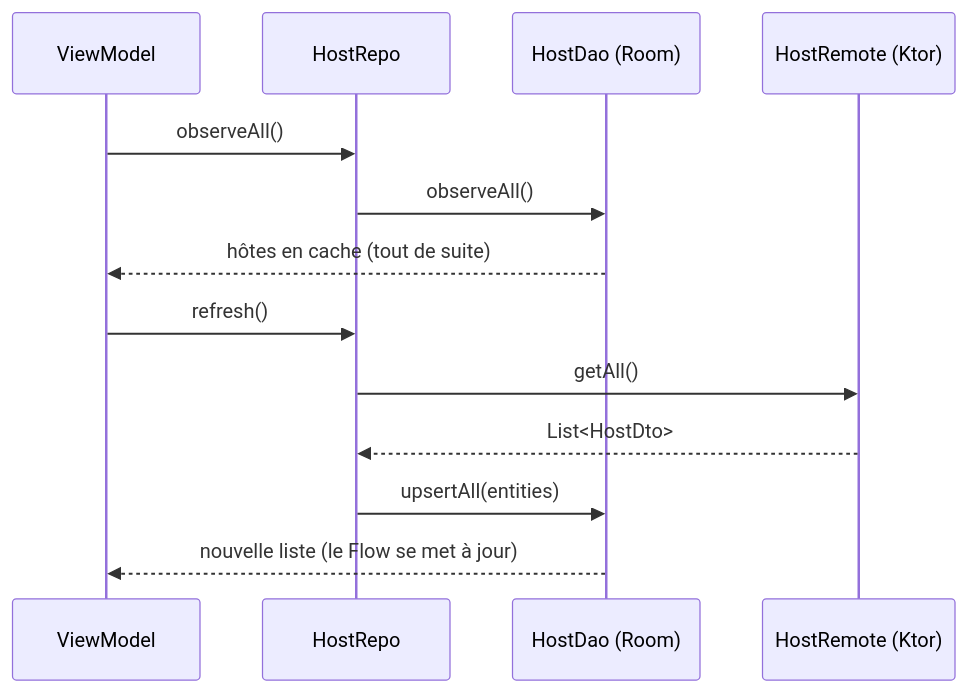
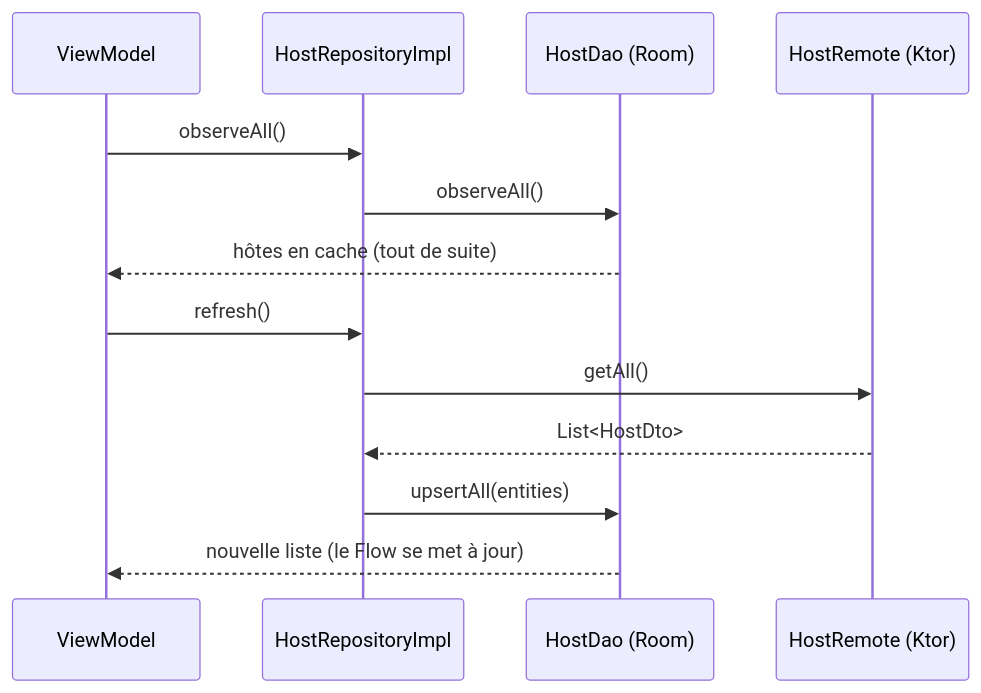
Before and after one commit to theopayet1/brain_bean: the second of 2 diagrams in doc_kotlin/architecture/03 La couche Data.md, drawn with Mermaid. The commit also changed other lines of this file and 24 other files, not shown here.

````diff
--- a/doc_kotlin/architecture/03 La couche Data.md
+++ b/doc_kotlin/architecture/03 La couche Data.md
@@ -215,15 +215,15 @@
 ```mermaid
 sequenceDiagram
     participant VM as ViewModel
-    participant R as HostRepo
+    participant R as HostRepositoryImpl
     participant DB as HostDao (Room)
     participant API as HostRemote (Ktor)
     VM->>R: observeAll()
     R->>DB: observeAll()
     DB-->>VM: hôtes en cache (tout de suite)
     VM->>R: refresh()
     R->>API: getAll()
     API-->>R: List#60;HostDto#62;
     R->>DB: upsertAll(entities)
     DB-->>VM: nouvelle liste (le Flow se met à jour)
 ```
````
